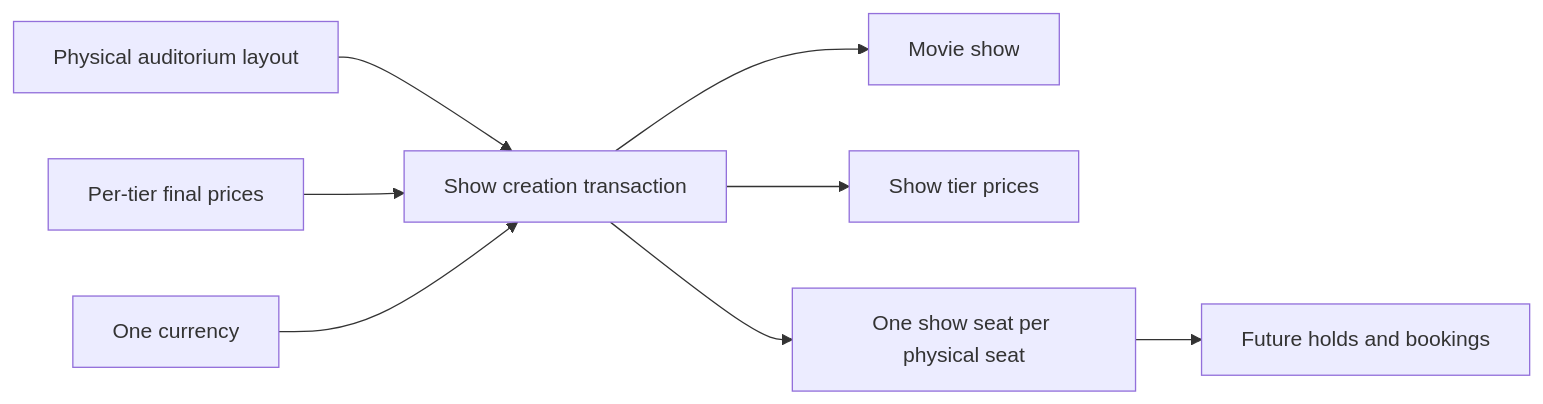
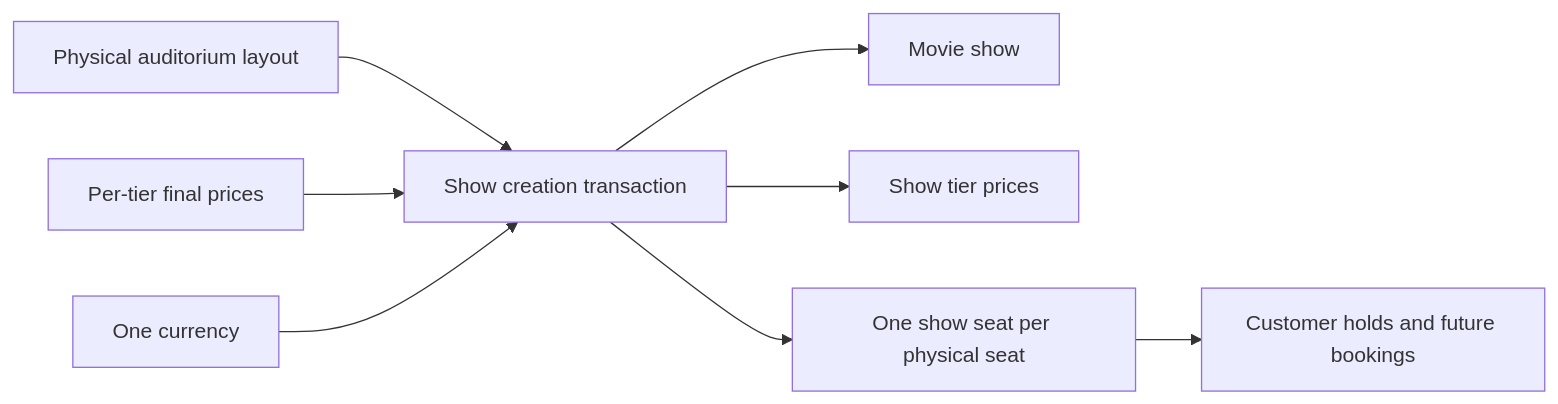
The fifth of 6 diagrams in Docs/designs/movie-catalogue-and-show-scheduling-design.md (shreyans-sureja/movie-ticketing-platform), drawn with Mermaid before and after one commit. The commit also changed other lines of this file and 40 other files, not shown here.

````diff
--- a/Docs/designs/movie-catalogue-and-show-scheduling-design.md
+++ b/Docs/designs/movie-catalogue-and-show-scheduling-design.md
@@ -687,10 +689,10 @@
 ```mermaid
 flowchart LR
     A[Physical auditorium layout] --> B[Show creation transaction]
     C[Per-tier final prices] --> B
     D[One currency] --> B
     B --> E[Movie show]
     B --> F[Show tier prices]
     B --> G[One show seat per physical seat]
-    G --> H[Future holds and bookings]
+    G --> H[Customer holds and future bookings]
 ```
````
